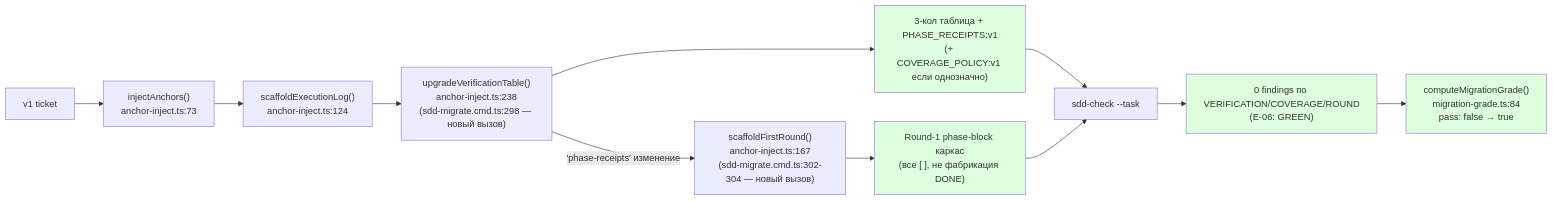
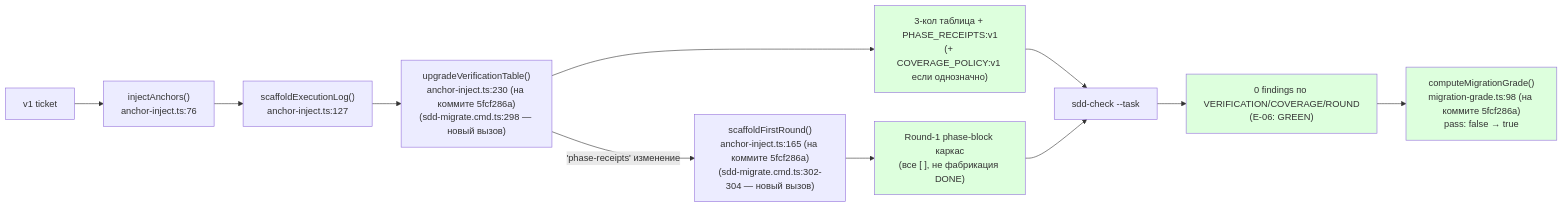
One commit to RubaXa/gennady changed the second of 2 diagrams in ai/drafts/research/sdd-v1-to-v2-transfer/_raw/reports/R-E-06.md. Above: the diagram before and after it, drawn with Mermaid. The commit also changed other lines of this file and 5 other files, not shown here.

````diff
--- a/ai/drafts/research/sdd-v1-to-v2-transfer/_raw/reports/R-E-06.md
+++ b/ai/drafts/research/sdd-v1-to-v2-transfer/_raw/reports/R-E-06.md
@@ -27,17 +27,17 @@
 ```mermaid
 flowchart LR
-  A["v1 ticket"] --> B["injectAnchors()\nanchor-inject.ts:73"]
-  B --> C["scaffoldExecutionLog()\nanchor-inject.ts:124"]
-  C --> D["upgradeVerificationTable()\nanchor-inject.ts:238\n(sdd-migrate.cmd.ts:298 — новый вызов)"]
-  D -->|"'phase-receipts' изменение"| F["scaffoldFirstRound()\nanchor-inject.ts:167\n(sdd-migrate.cmd.ts:302-304 — новый вызов)"]
+  A["v1 ticket"] --> B["injectAnchors()\nanchor-inject.ts:76"]
+  B --> C["scaffoldExecutionLog()\nanchor-inject.ts:127"]
+  C --> D["upgradeVerificationTable()\nanchor-inject.ts:230 (на коммите 5fcf286a)\n(sdd-migrate.cmd.ts:298 — новый вызов)"]
+  D -->|"'phase-receipts' изменение"| F["scaffoldFirstRound()\nanchor-inject.ts:165 (на коммите 5fcf286a)\n(sdd-migrate.cmd.ts:302-304 — новый вызов)"]
   D --> G["3-кол таблица + PHASE_RECEIPTS:v1\n(+ COVERAGE_POLICY:v1 если однозначно)"]
   F --> H["Round-1 phase-block каркас\n(все [ ], не фабрикация DONE)"]
   G --> I["sdd-check --task"]
   H --> I
   I --> J["0 findings по VERIFICATION/COVERAGE/ROUND\n(E-06: GREEN)"]
-  J --> K["computeMigrationGrade()\nmigration-grade.ts:84\npass: false → true"]
+  J --> K["computeMigrationGrade()\nmigration-grade.ts:98 (на коммите 5fcf286a)\npass: false → true"]
   style G fill:#dfd
   style H fill:#dfd
   style J fill:#dfd
   style K fill:#dfd
 ```
````
